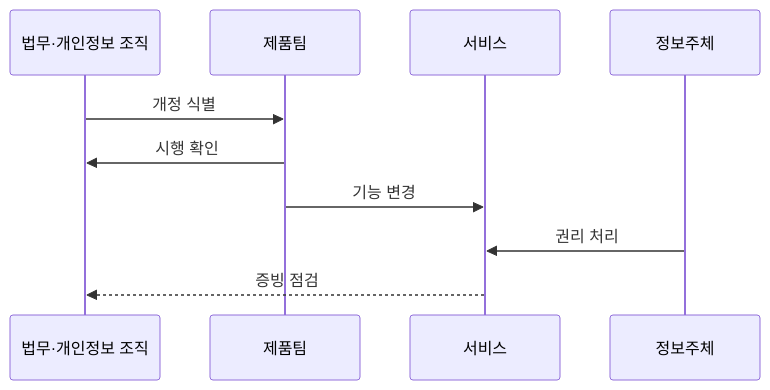
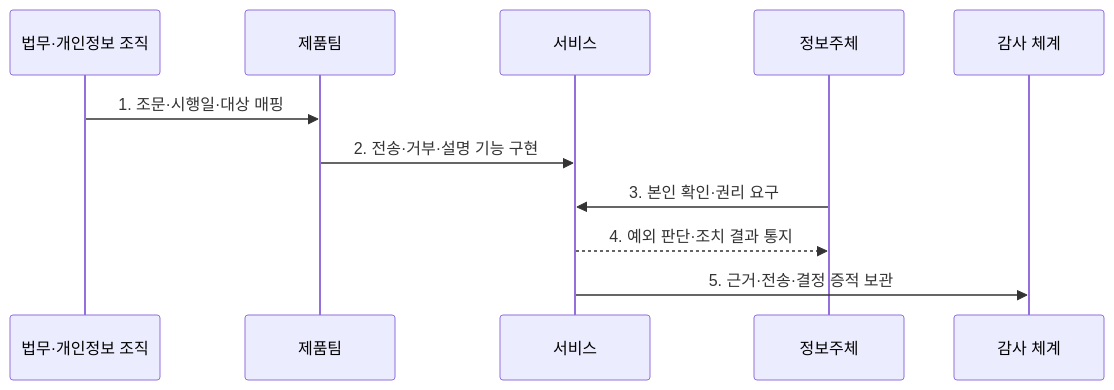
Before and after one commit to agnusdei1207/knowledge-base: the second of 2 diagrams in src/content/docs/notes/05-security/095_pipa_2023_amendment.md, drawn with Mermaid. The commit also changed other lines of this file and 3 other files, not shown here.

````diff
--- a/src/content/docs/notes/05-security/095_pipa_2023_amendment.md
+++ b/src/content/docs/notes/05-security/095_pipa_2023_amendment.md
@@ -83,12 +80,13 @@
 ```mermaid
 sequenceDiagram
     participant L as 법무·개인정보 조직
     participant P as 제품팀
     participant S as 서비스
     participant U as 정보주체
-    L->>P: 개정 식별
-    P->>L: 시행 확인
-    P->>S: 기능 변경
-    U->>S: 권리 처리
-    S-->>L: 증빙 점검
+    participant A as 감사 체계
+    L->>P: 1. 조문·시행일·대상 매핑
+    P->>S: 2. 전송·거부·설명 기능 구현
+    U->>S: 3. 본인 확인·권리 요구
+    S-->>U: 4. 예외 판단·조치 결과 통지
+    S->>A: 5. 근거·전송·결정 증적 보관
 ```
````
